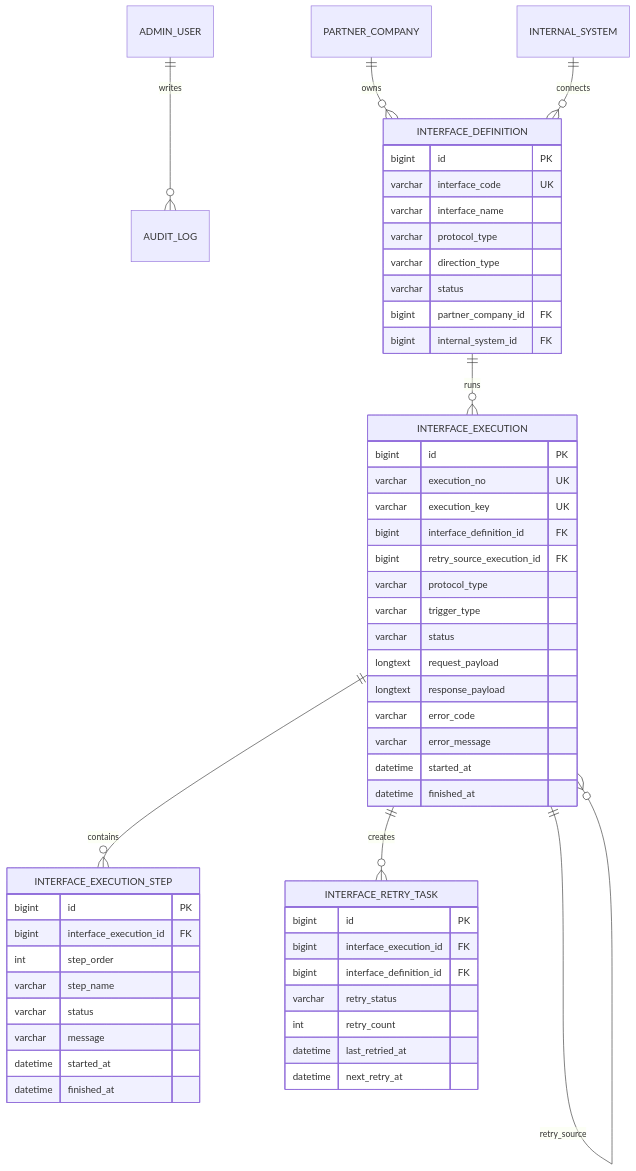
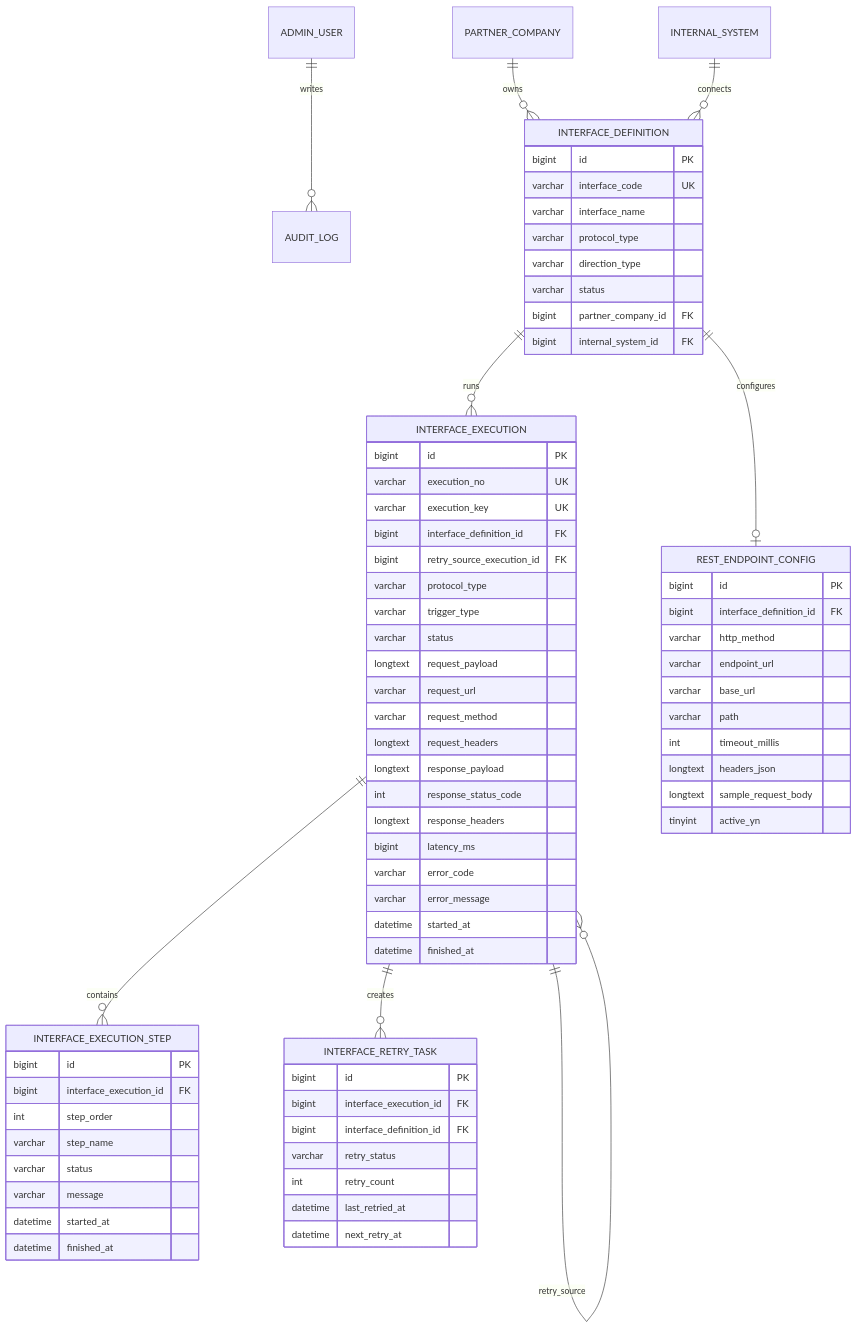
The diagram in docs/03-erd.md (prozen99/Insurance_interface_hub), drawn with Mermaid before and after one commit. The commit also changed other lines of this file and 9 other files, not shown here.

````diff
--- a/docs/03-erd.md
+++ b/docs/03-erd.md
@@ -7,59 +7,79 @@
 ```mermaid
 erDiagram
     ADMIN_USER ||--o{ AUDIT_LOG : writes
     PARTNER_COMPANY ||--o{ INTERFACE_DEFINITION : owns
     INTERNAL_SYSTEM ||--o{ INTERFACE_DEFINITION : connects
     INTERFACE_DEFINITION ||--o{ INTERFACE_EXECUTION : runs
+    INTERFACE_DEFINITION ||--o| REST_ENDPOINT_CONFIG : configures
     INTERFACE_EXECUTION ||--o{ INTERFACE_EXECUTION_STEP : contains
     INTERFACE_EXECUTION ||--o{ INTERFACE_RETRY_TASK : creates
     INTERFACE_EXECUTION ||--o{ INTERFACE_EXECUTION : retry_source
 
     INTERFACE_DEFINITION {
         bigint id PK
         varchar interface_code UK
         varchar interface_name
         varchar protocol_type
         varchar direction_type
         varchar status
         bigint partner_company_id FK
         bigint internal_system_id FK
     }
 
+    REST_ENDPOINT_CONFIG {
+        bigint id PK
+        bigint interface_definition_id FK
+        varchar http_method
+        varchar endpoint_url
+        varchar base_url
+        varchar path
+        int timeout_millis
+        longtext headers_json
+        longtext sample_request_body
+        tinyint active_yn
+    }
+
     INTERFACE_EXECUTION {
         bigint id PK
         varchar execution_no UK
         varchar execution_key UK
         bigint interface_definition_id FK
         bigint retry_source_execution_id FK
         varchar protocol_type
         varchar trigger_type
         varchar status
         longtext request_payload
+        varchar request_url
+        varchar request_method
+        longtext request_headers
         longtext response_payload
+        int response_status_code
+        longtext response_headers
+        bigint latency_ms
         varchar error_code
         varchar error_message
         datetime started_at
         datetime finished_at
     }
 
     INTERFACE_EXECUTION_STEP {
         bigint id PK
         bigint interface_execution_id FK
         int step_order
         varchar step_name
         varchar status
         varchar message
         datetime started_at
         datetime finished_at
     }
 
     INTERFACE_RETRY_TASK {
         bigint id PK
         bigint interface_execution_id FK
         bigint interface_definition_id FK
         varchar retry_status
         int retry_count
         datetime last_retried_at
         datetime next_retry_at
     }
 ```
````
